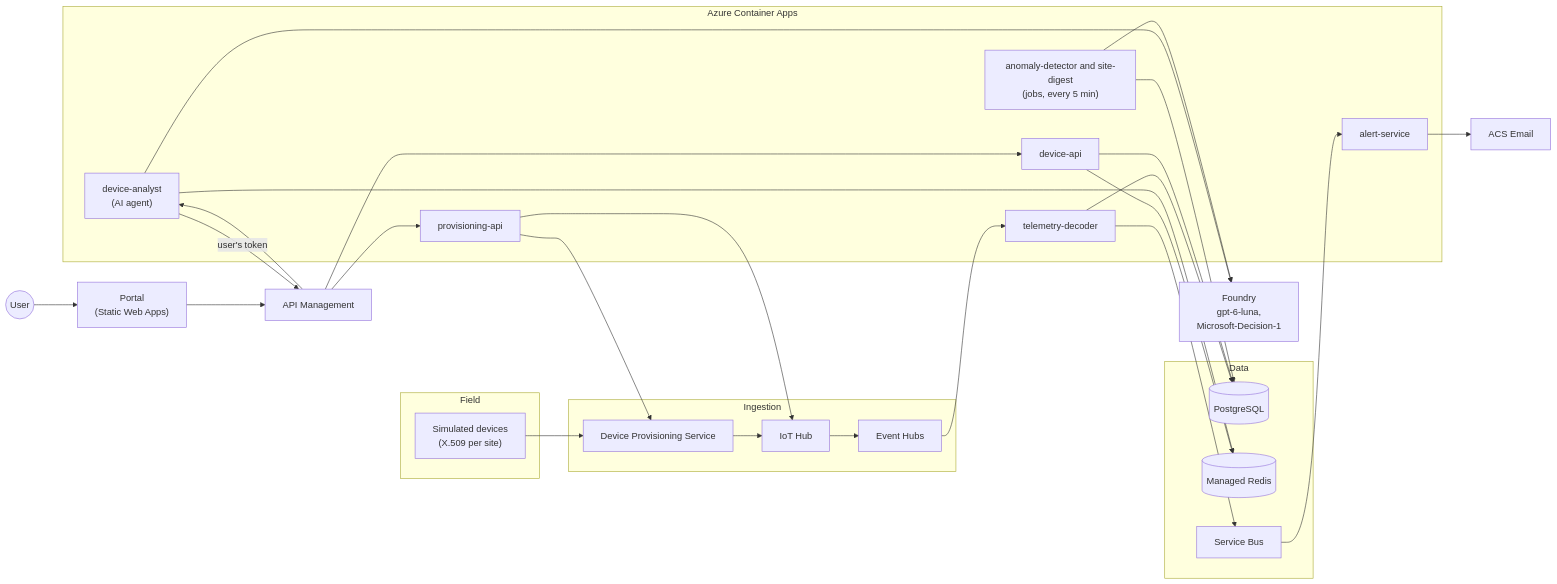
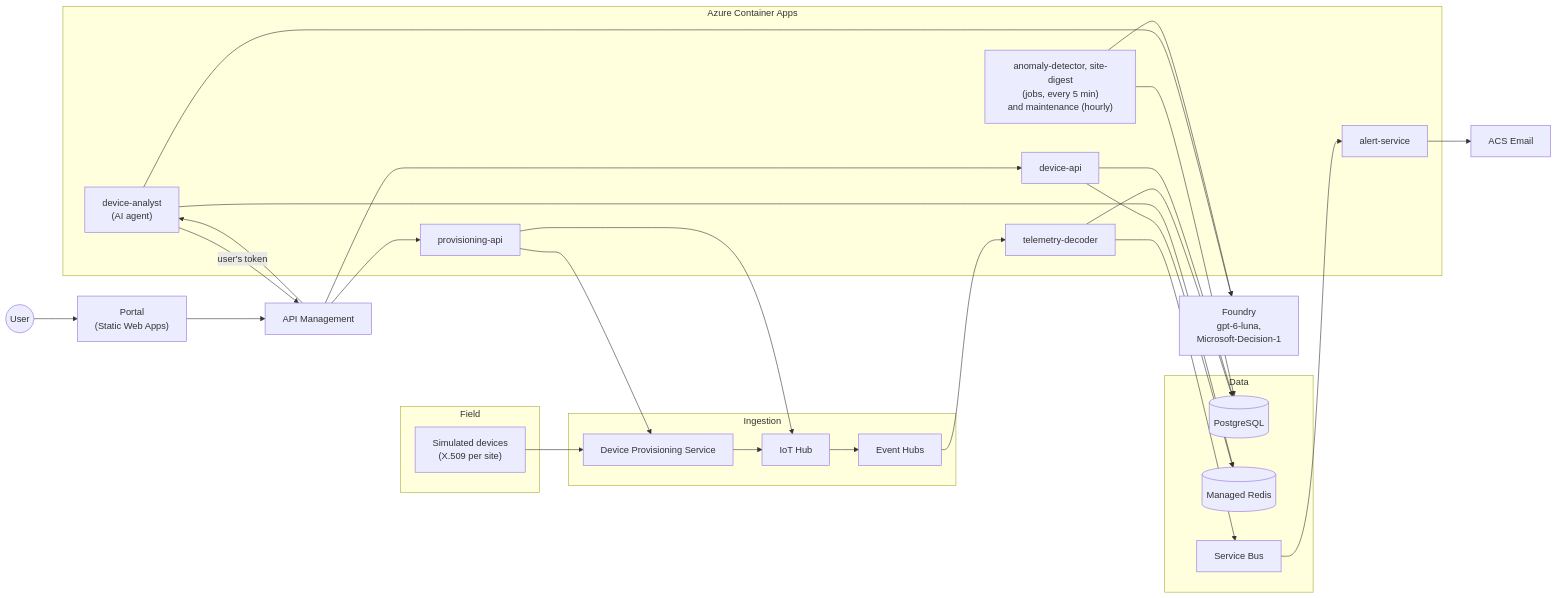
One commit to ikhemissi/smart-device-platform-sample changed the first of 12 diagrams in README.md. Above: the diagram before and after it, drawn with Mermaid. The commit also changed other lines of this file and 7 other files, not shown here.

````diff
--- a/README.md
+++ b/README.md
@@ -27,36 +28,36 @@
 ```mermaid
 flowchart LR
   subgraph Field
     DEV["Simulated devices<br/>(X.509 per site)"]
   end
   subgraph Ingestion
     DPS[Device Provisioning Service]
     IOT[IoT Hub]
     EH[Event Hubs]
   end
   subgraph Apps["Azure Container Apps"]
     DEC[telemetry-decoder]
     API[device-api]
     PROV[provisioning-api]
     ALERT[alert-service]
     AGENT["device-analyst<br/>(AI agent)"]
-    DET["anomaly-detector and site-digest<br/>(jobs, every 5 min)"]
+    DET["anomaly-detector, site-digest<br/>(jobs, every 5 min)<br/>and maintenance (hourly)"]
   end
   subgraph Data
     PG[(PostgreSQL)]
     REDIS[(Managed Redis)]
     SB[Service Bus]
   end
   USER((User)) --> SPA["Portal<br/>(Static Web Apps)"]
   SPA --> APIM[API Management]
   APIM --> API & PROV & AGENT
   DEV --> DPS --> IOT --> EH --> DEC --> PG
   DEC --> SB --> ALERT --> ACS[ACS Email]
   API --> PG & REDIS
   PROV --> DPS & IOT
   AGENT --> FOUNDRY["Foundry<br/>gpt-6-luna,<br/>Microsoft-Decision-1"]
   DET --> PG
   DET --> FOUNDRY
   AGENT -->|"user's token"| APIM
   AGENT --> REDIS
 ```
````
